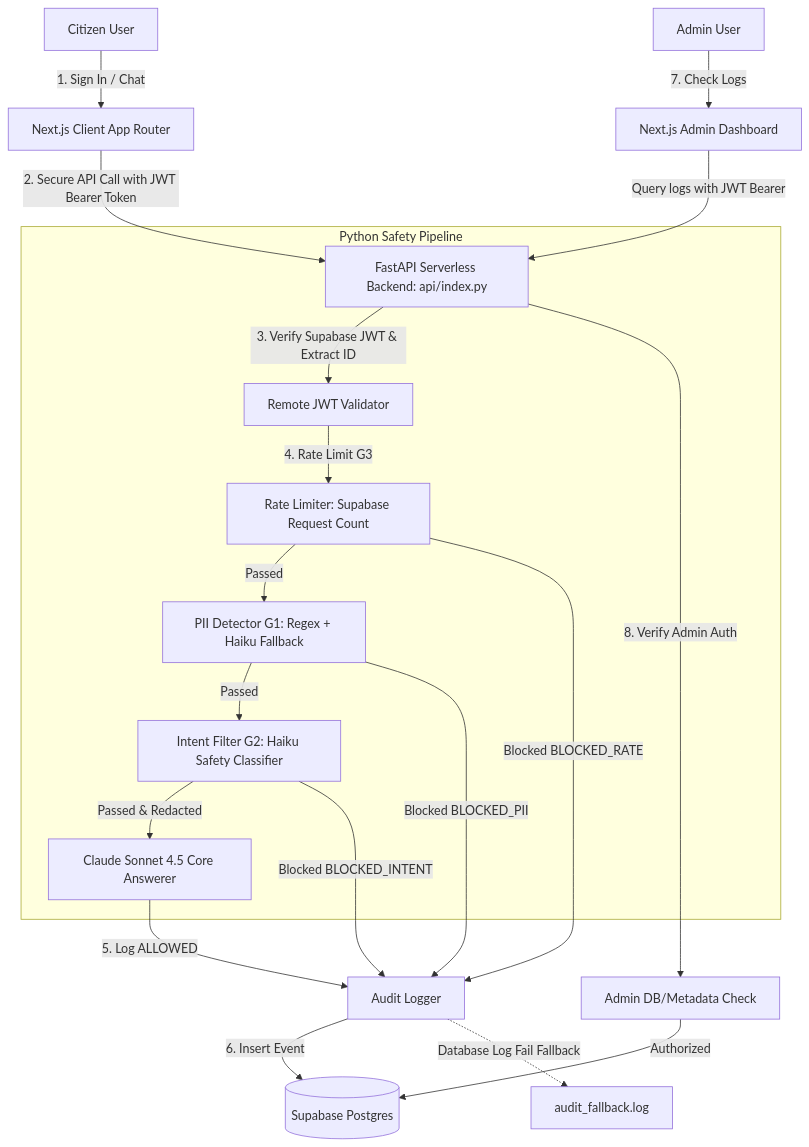
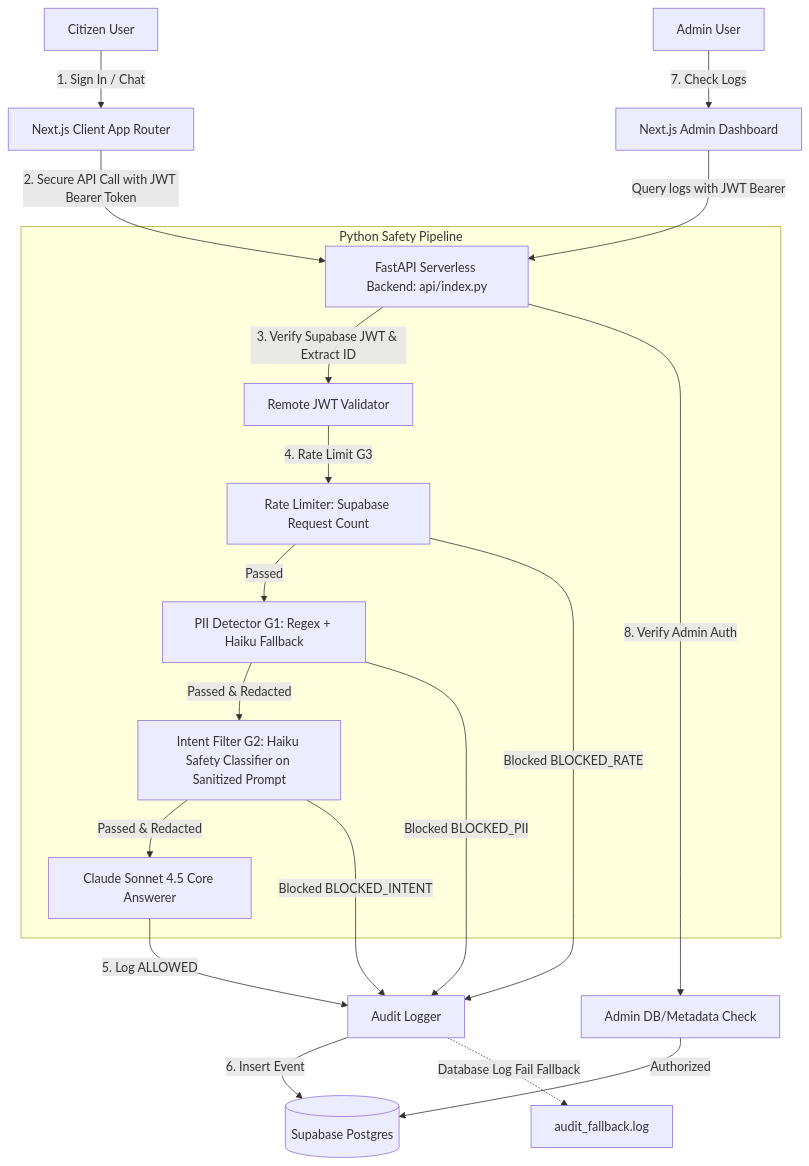
The diagram in README.md (mayank14112006/poc-2), drawn with Mermaid before and after one commit. The commit also changed other lines of this file and 2 other files, not shown here.

Commit message:
Enforce strict assignment compliance: enforce sequential guardrails execution order, log blocked responses, implement sanitized-only inputs to intent classifier, and expand testing suite to 13 assertions

````diff
--- a/README.md
+++ b/README.md
@@ -17,26 +22,26 @@
 ```mermaid
 graph TD
     User[Citizen User] -->|1. Sign In / Chat| Frontend[Next.js Client App Router]
     Frontend -->|2. Secure API Call with JWT Bearer Token| API[FastAPI Serverless Backend: api/index.py]
     
     subgraph Python Safety Pipeline
         API -->|3. Verify Supabase JWT & Extract ID| JWT[Remote JWT Validator]
         JWT -->|4. Rate Limit G3| RL[Rate Limiter: Supabase Request Count]
         RL -->|Passed| PII[PII Detector G1: Regex + Haiku Fallback]
-        PII -->|Passed| Intent[Intent Filter G2: Haiku Safety Classifier]
+        PII -->|Passed & Redacted| Intent[Intent Filter G2: Haiku Safety Classifier on Sanitized Prompt]
         Intent -->|Passed & Redacted| Claude[Claude Sonnet 4.5 Core Answerer]
     end
 
     Claude -->|5. Log ALLOWED| Logger[Audit Logger]
     RL -->|Blocked BLOCKED_RATE| Logger
     PII -->|Blocked BLOCKED_PII| Logger
     Intent -->|Blocked BLOCKED_INTENT| Logger
     
     Logger -->|6. Insert Event| DB[(Supabase Postgres)]
     Logger -.->|Database Log Fail Fallback| LocalLog[audit_fallback.log]
     
     Admin[Admin User] -->|7. Check Logs| AdminView[Next.js Admin Dashboard]
     AdminView -->|Query logs with JWT Bearer| API
     API -->|8. Verify Admin Auth| AdminAuth[Admin DB/Metadata Check]
     AdminAuth -->|Authorized| DB
 ```
````
